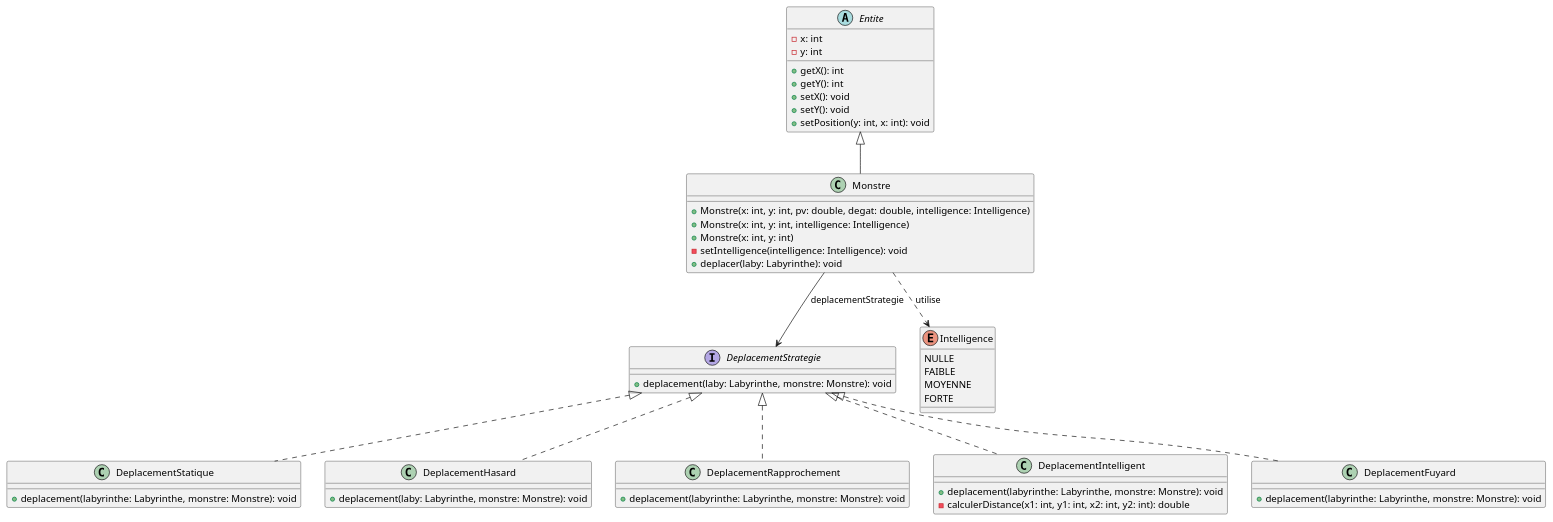
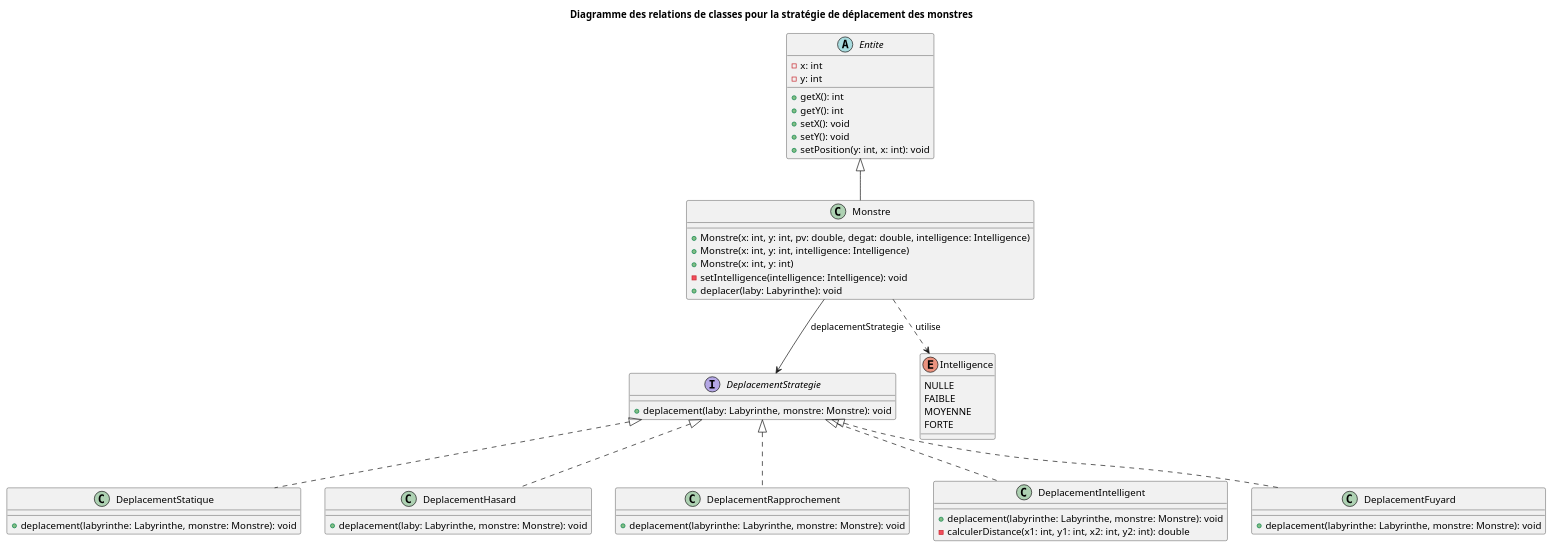
The diagram in documents/iteration-3/diagrammes/deplacement/diagramme-classes-strategie-deplacement.puml (zonetecde/BUT_S2_2025_Zeldiablo_e22359u_e82916u_e77582u_e85474u), drawn with PlantUML before and after one commit. The commit also changed 2 other files, not shown here.

Commit message:
ajout d'un diagramme de seq

```diff
--- a/documents/iteration-3/diagrammes/deplacement/diagramme-classes-strategie-deplacement.puml
+++ b/documents/iteration-3/diagrammes/deplacement/diagramme-classes-strategie-deplacement.puml
@@ -1,76 +1,78 @@
 @startuml
+title Diagramme des relations de classes pour la stratégie de déplacement des monstres
+
 interface DeplacementStrategie {
     + deplacement(laby: Labyrinthe, monstre: Monstre): void
 }
 
 class DeplacementStatique {
     + deplacement(labyrinthe: Labyrinthe, monstre: Monstre): void
 }
 
 class DeplacementHasard {
     + deplacement(laby: Labyrinthe, monstre: Monstre): void
 }
 
 class DeplacementRapprochement {
     + deplacement(labyrinthe: Labyrinthe, monstre: Monstre): void
 }
 
 class DeplacementIntelligent {
     + deplacement(labyrinthe: Labyrinthe, monstre: Monstre): void
     - calculerDistance(x1: int, y1: int, x2: int, y2: int): double
 }
 
 class DeplacementFuyard {
     + deplacement(labyrinthe: Labyrinthe, monstre: Monstre): void
 }
 
 abstract class Entite {
     - x: int
     - y: int
     + getX(): int
     + getY(): int
     + setX(): void
     + setY(): void
     + setPosition(y: int, x: int): void
 }
 
 class Monstre {
     + Monstre(x: int, y: int, pv: double, degat: double, intelligence: Intelligence)
     + Monstre(x: int, y: int, intelligence: Intelligence)
     + Monstre(x: int, y: int)
     - setIntelligence(intelligence: Intelligence): void
     + deplacer(laby: Labyrinthe): void
 }
 
 enum Intelligence {
     NULLE
     FAIBLE
     MOYENNE
     FORTE
 }
 
 DeplacementStrategie <|.. DeplacementStatique
 DeplacementStrategie <|.. DeplacementHasard
 DeplacementStrategie <|.. DeplacementRapprochement
 DeplacementStrategie <|.. DeplacementIntelligent
 DeplacementStrategie <|.. DeplacementFuyard
 
 Entite <|-- Monstre
 
 Monstre --> DeplacementStrategie : deplacementStrategie
 Monstre ..> Intelligence : utilise
 
 hide Entite::hp
 hide Entite::maxHp
 hide Entite::degat
 hide Entite::enVie
 hide Entite::etrePresent
 hide Entite::prendreDegat
 hide Entite::mettreDegat
 hide Entite::estMort
 hide Entite::getHp
 hide Entite::getMaxHp
 hide Entite::setEnVie
 hide Entite::setInventory
 hide Entite::setHp
 @enduml
```
